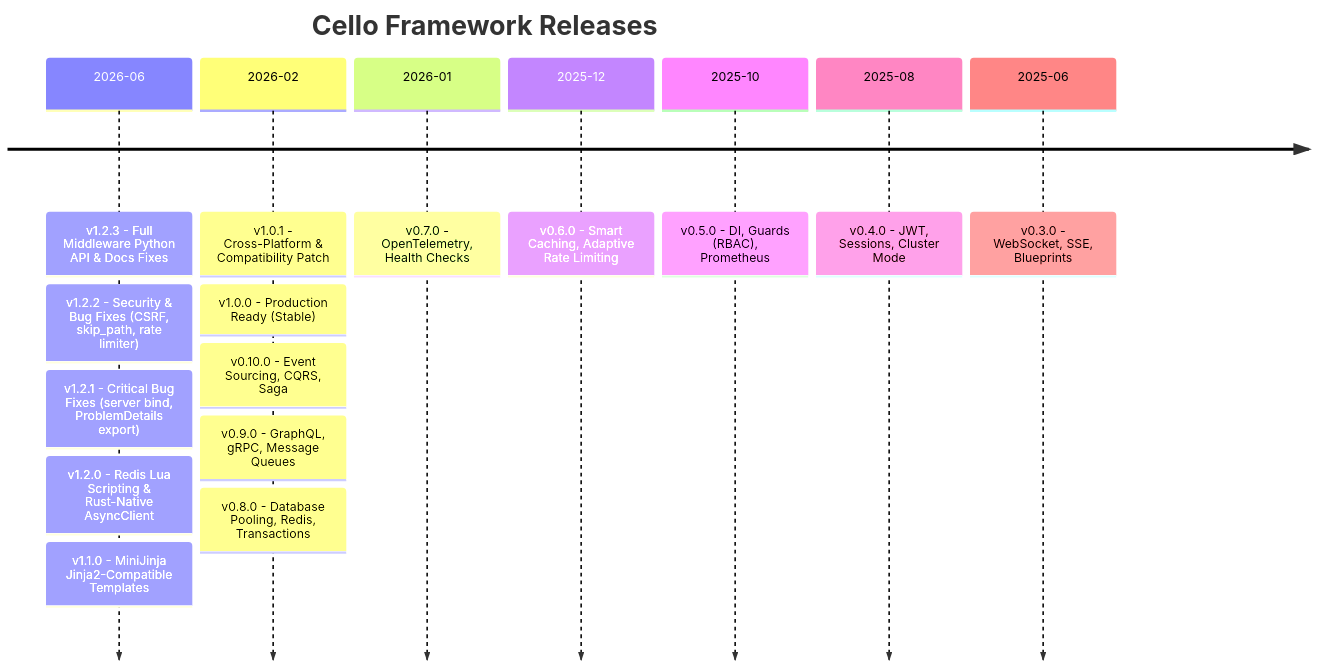
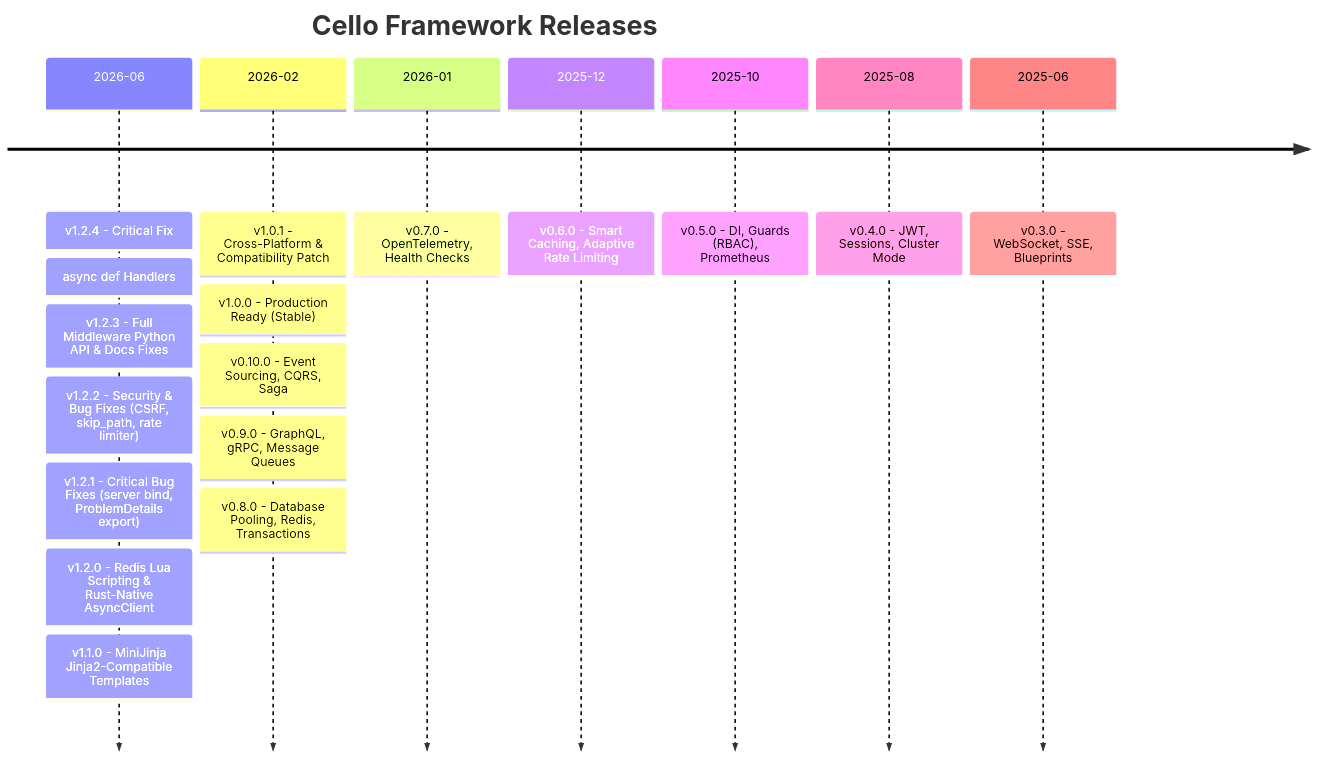
The diagram in docs/releases/index.md (JERRIX/cello), drawn with Mermaid before and after one commit. The commit also changed other lines of this file and 6 other files, not shown here.

````diff
--- a/docs/releases/index.md
+++ b/docs/releases/index.md
@@ -36,19 +35,20 @@
 ```mermaid
 timeline
     title Cello Framework Releases
-    2026-06 : v1.2.3 - Full Middleware Python API & Docs Fixes
+    2026-06 : v1.2.4 - Critical Fix: async def Handlers
+            : v1.2.3 - Full Middleware Python API & Docs Fixes
             : v1.2.2 - Security & Bug Fixes (CSRF, skip_path, rate limiter)
             : v1.2.1 - Critical Bug Fixes (server bind, ProblemDetails export)
             : v1.2.0 - Redis Lua Scripting & Rust-Native AsyncClient
             : v1.1.0 - MiniJinja Jinja2-Compatible Templates
     2026-02 : v1.0.1 - Cross-Platform & Compatibility Patch
             : v1.0.0 - Production Ready (Stable)
             : v0.10.0 - Event Sourcing, CQRS, Saga
             : v0.9.0 - GraphQL, gRPC, Message Queues
             : v0.8.0 - Database Pooling, Redis, Transactions
     2026-01 : v0.7.0 - OpenTelemetry, Health Checks
     2025-12 : v0.6.0 - Smart Caching, Adaptive Rate Limiting
     2025-10 : v0.5.0 - DI, Guards (RBAC), Prometheus
     2025-08 : v0.4.0 - JWT, Sessions, Cluster Mode
     2025-06 : v0.3.0 - WebSocket, SSE, Blueprints
 ```
````
